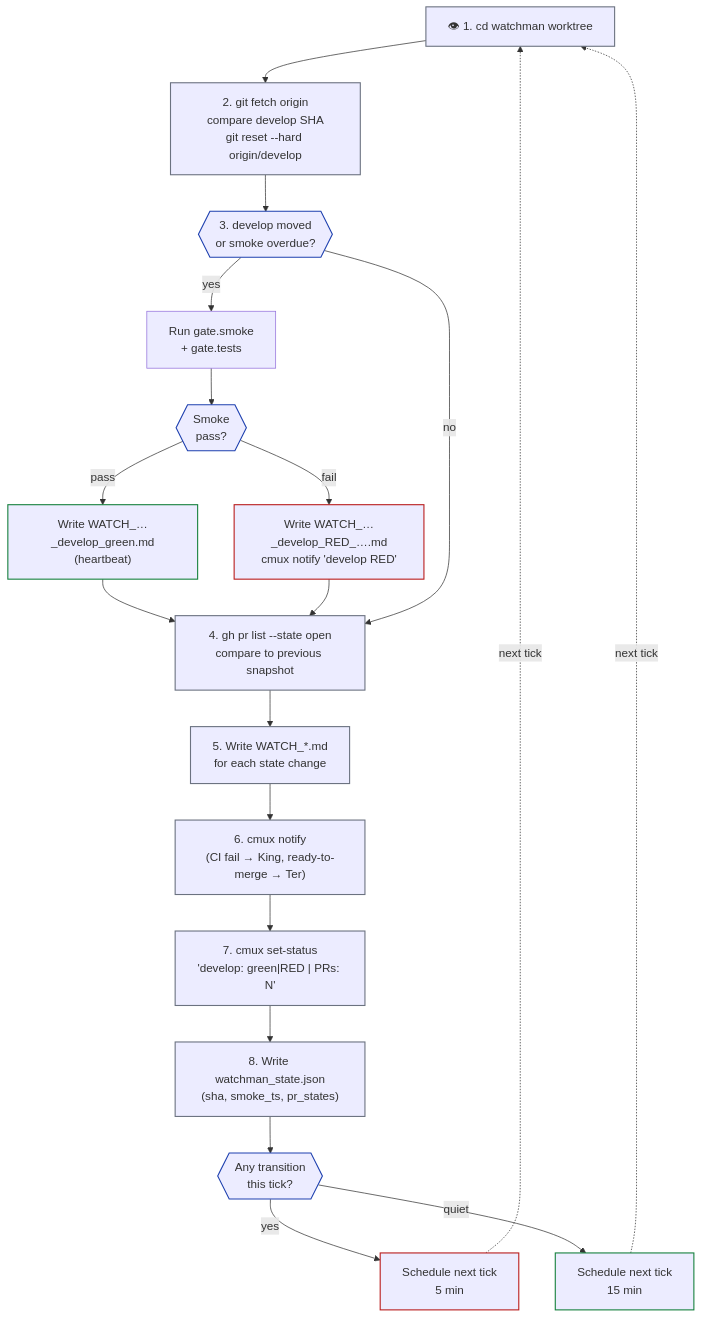
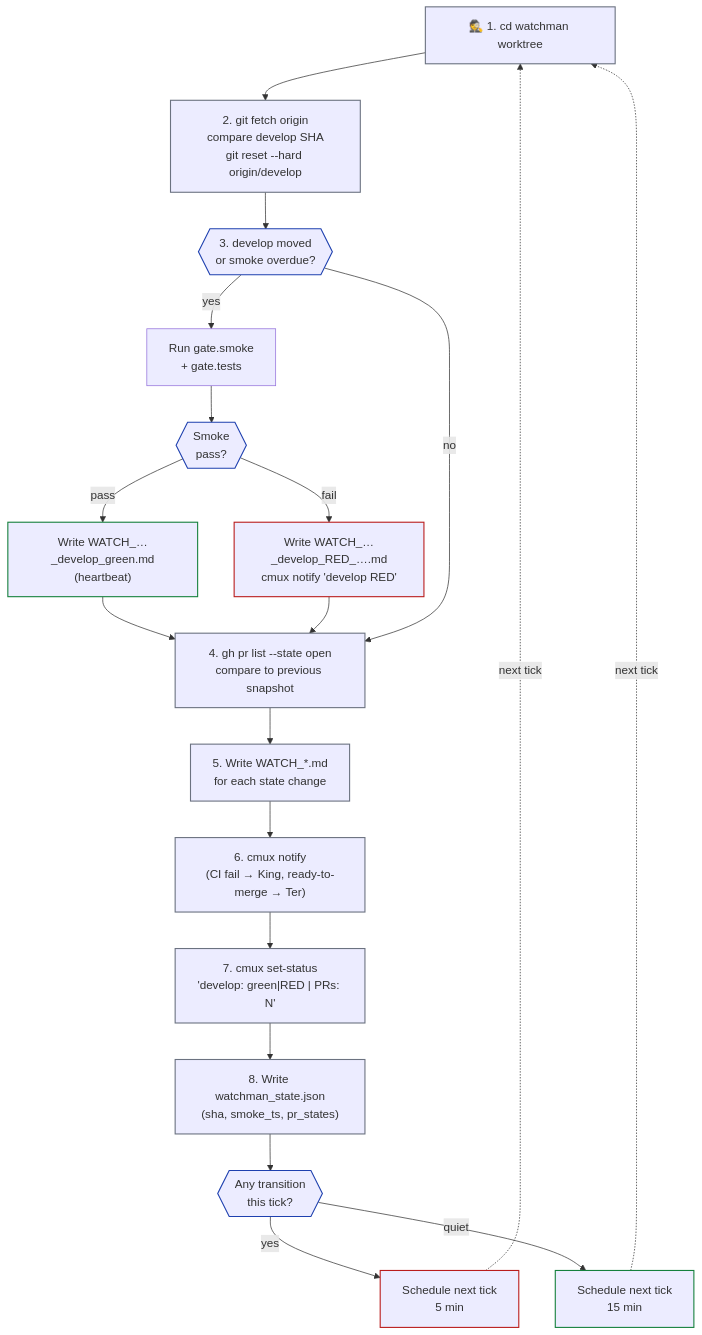
One commit to chatthong/kingdom changed the first of 2 diagrams in .kingdom/.setting/watchmans.md. Above: the diagram before and after it, drawn with Mermaid. The commit also changed 12 other files, not shown here.

````diff
--- a/.kingdom/.setting/watchmans.md
+++ b/.kingdom/.setting/watchmans.md
@@ -28,39 +28,39 @@
 ```mermaid
 flowchart TB
-    T1["👁 1. cd watchman worktree"]
+    T1["🕵️ 1. cd watchman worktree"]
     T2["2. git fetch origin\ncompare develop SHA\ngit reset --hard origin/develop"]
     T3{{"3. develop moved\nor smoke overdue?"}}
     T4["Run gate.smoke\n+ gate.tests"]
     T5{{"Smoke\npass?"}}
     T6["Write WATCH_…_develop_green.md\n(heartbeat)"]
     T7["Write WATCH_…_develop_RED_….md\ncmux notify 'develop RED'"]
     T8["4. gh pr list --state open\ncompare to previous snapshot"]
     T9["5. Write WATCH_*.md\nfor each state change"]
     T10["6. cmux notify\n(CI fail → King, ready-to-merge → Ter)"]
     T11["7. cmux set-status\n'develop: green|RED | PRs: N'"]
     T12["8. Write watchman_state.json\n(sha, smoke_ts, pr_states)"]
     PACE{{"Any transition\nthis tick?"}}
     WAIT5["Schedule next tick\n5 min"]
     WAIT15["Schedule next tick\n15 min"]
 
     T1 --> T2 --> T3
     T3 -- yes --> T4 --> T5
     T5 -- pass --> T6 --> T8
     T5 -- fail --> T7 --> T8
     T3 -- no --> T8
     T8 --> T9 --> T10 --> T11 --> T12 --> PACE
     PACE -- yes --> WAIT5
     PACE -- quiet --> WAIT15
 
     WAIT5 -.->|"next tick"| T1
     WAIT15 -.->|"next tick"| T1
 
     classDef step stroke:#6b7280,stroke-width:1.5px
     classDef decision stroke:#1e40af,stroke-width:1.5px
     classDef alert stroke:#b91c1c,stroke-width:1.5px
     classDef ok stroke:#15803d,stroke-width:1.5px
     class T1,T2,T8,T9,T10,T11,T12 step
     class T3,T5,PACE decision
     class T7,WAIT5 alert
     class T6,WAIT15 ok
 ```
````
